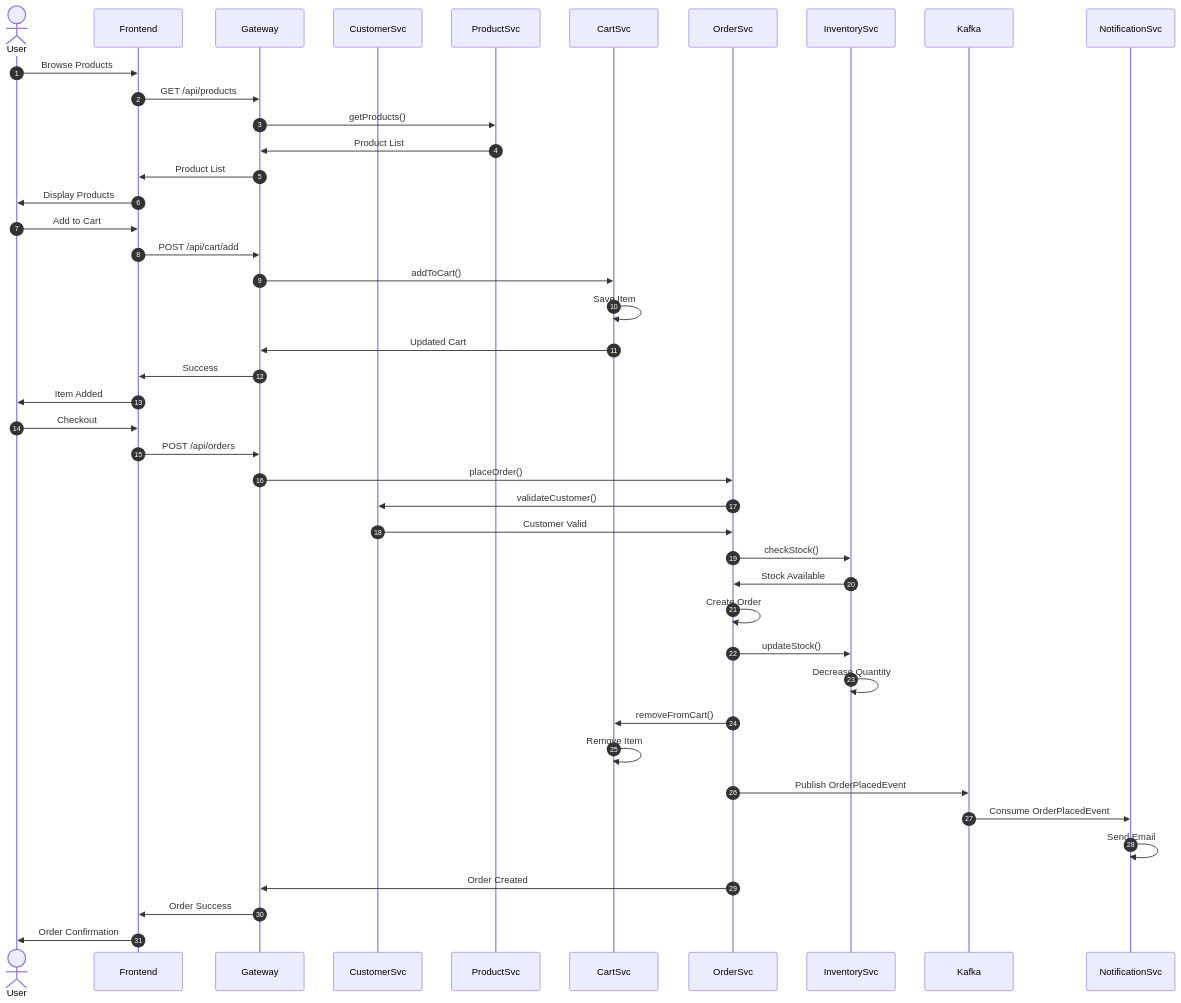
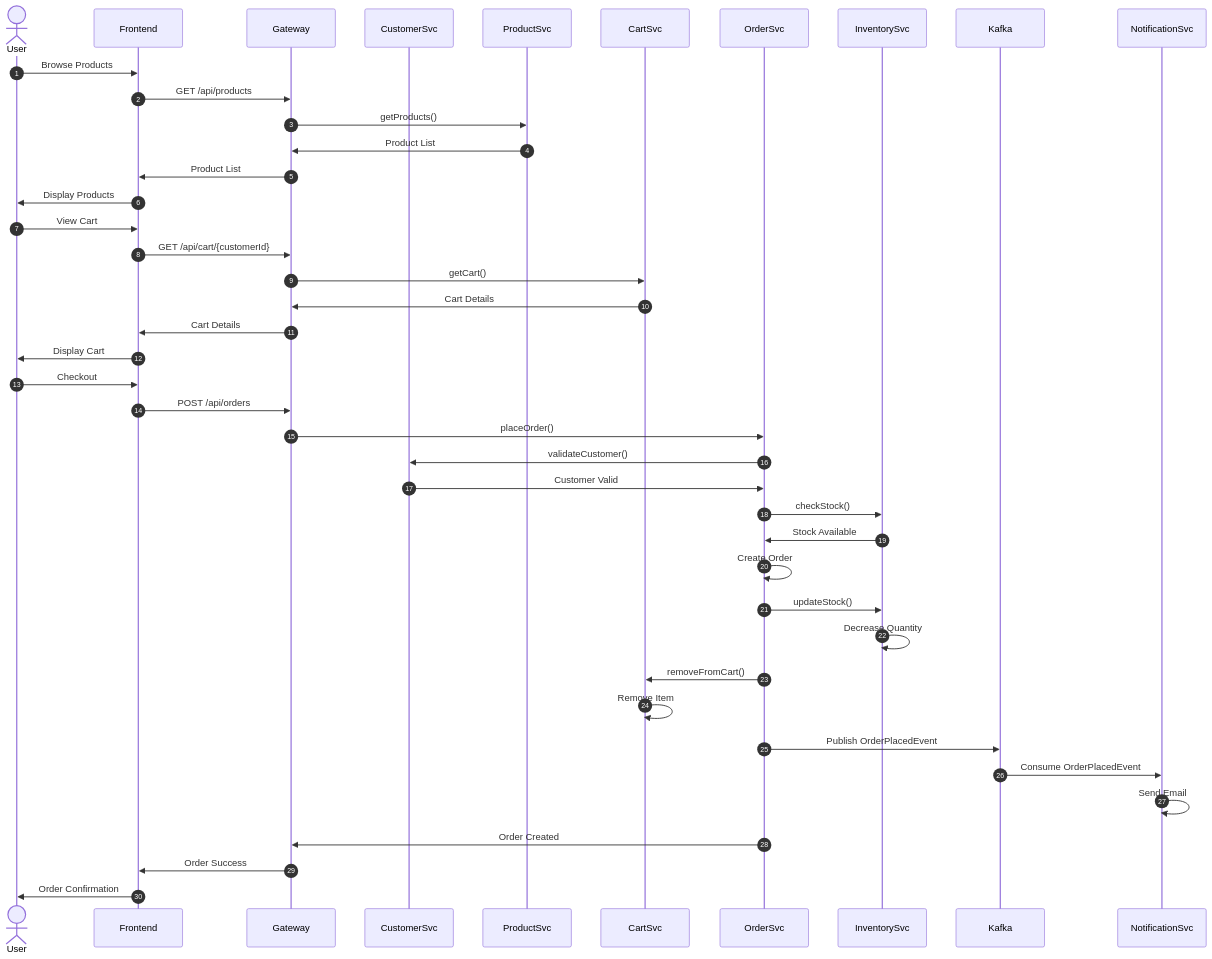
One commit to CongHuaan/linhtinh changed the second of 2 diagrams in test.md. Above: the diagram before and after it, drawn with Mermaid.

````diff
--- a/test.md
+++ b/test.md
@@ -142,68 +142,67 @@
 ```mermaid
 sequenceDiagram
     autonumber
 
     actor User
     participant Frontend
     participant Gateway
     participant CustomerSvc
     participant ProductSvc
     participant CartSvc
     participant OrderSvc
     participant InventorySvc
     participant Kafka
     participant NotificationSvc
 
     %% === Browse Products ===
     User ->> Frontend: Browse Products
     Frontend ->> Gateway: GET /api/products
     Gateway ->> ProductSvc: getProducts()
     ProductSvc ->> Gateway: Product List
     Gateway ->> Frontend: Product List
     Frontend ->> User: Display Products
 
-    %% === Add to Cart ===
-    User ->> Frontend: Add to Cart
-    Frontend ->> Gateway: POST /api/cart/add
-    Gateway ->> CartSvc: addToCart()
-    CartSvc ->> CartSvc: Save Item
-    CartSvc ->> Gateway: Updated Cart
-    Gateway ->> Frontend: Success
-    Frontend ->> User: Item Added
+    %% === View Cart ===
+    User ->> Frontend: View Cart
+    Frontend ->> Gateway: GET /api/cart/{customerId}
+    Gateway ->> CartSvc: getCart()
+    CartSvc ->> Gateway: Cart Details
+    Gateway ->> Frontend: Cart Details
+    Frontend ->> User: Display Cart
 
     %% === Place Order ===
     User ->> Frontend: Checkout
     Frontend ->> Gateway: POST /api/orders
     Gateway ->> OrderSvc: placeOrder()
     
     %% === Verify Customer ===
     OrderSvc ->> CustomerSvc: validateCustomer()
     CustomerSvc ->> OrderSvc: Customer Valid
     
     %% === Check Inventory ===
     OrderSvc ->> InventorySvc: checkStock()
     InventorySvc ->> OrderSvc: Stock Available
     
     %% === Create Order ===
     OrderSvc ->> OrderSvc: Create Order
     
     %% === Update Inventory ===
     OrderSvc ->> InventorySvc: updateStock()
     InventorySvc ->> InventorySvc: Decrease Quantity
     
     %% === Remove from Cart ===
     OrderSvc ->> CartSvc: removeFromCart()
     CartSvc ->> CartSvc: Remove Item
     
     %% === Send Order Event ===
     OrderSvc ->> Kafka: Publish OrderPlacedEvent
     
     %% === Process Notification ===
     Kafka ->> NotificationSvc: Consume OrderPlacedEvent
     NotificationSvc ->> NotificationSvc: Send Email
     
     %% === Return Result ===
     OrderSvc ->> Gateway: Order Created
     Gateway ->> Frontend: Order Success
     Frontend ->> User: Order Confirmation
 ```
````
